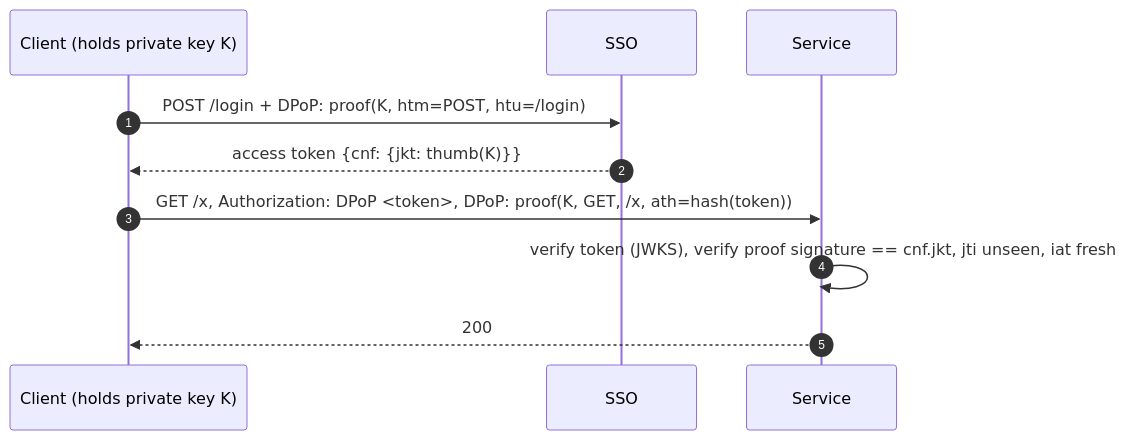
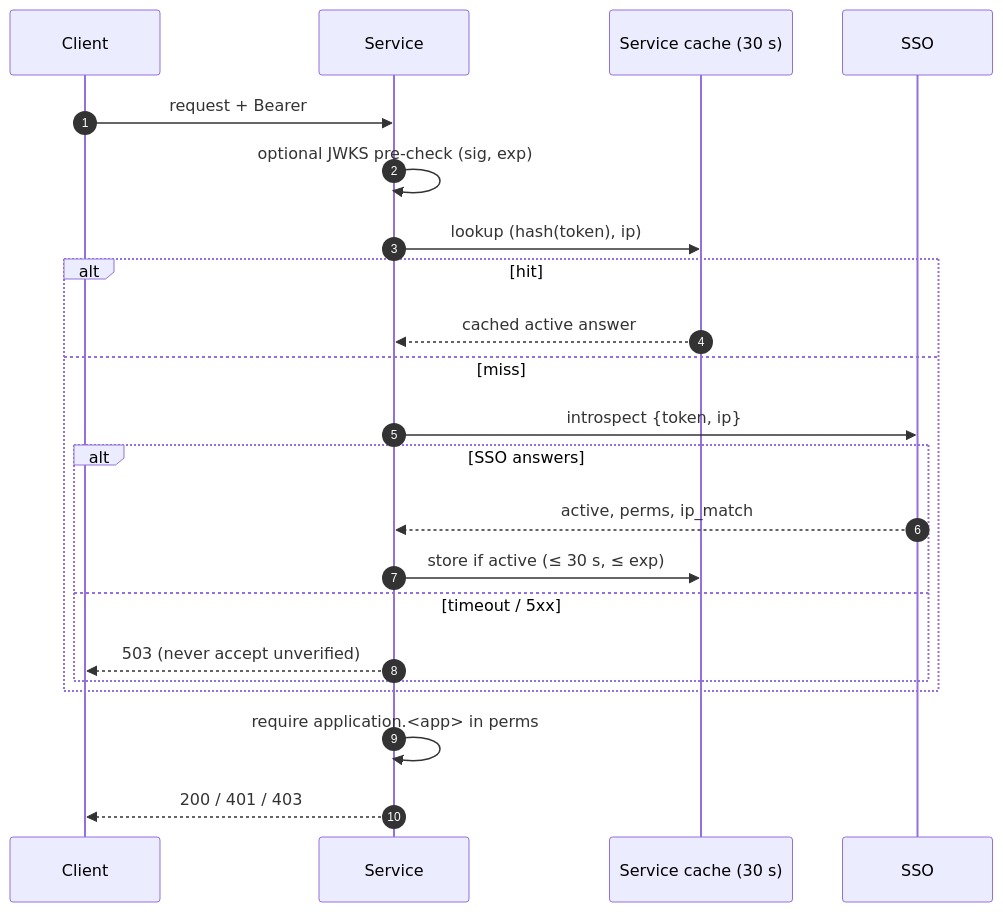
Before and after one commit to Neural-Matrix-LLC/SSO-server: the seventh of 10 diagrams in docs/DESIGN-v1.2-requirements.md, drawn with Mermaid. The commit also changed other lines of this file and 4 other files, not shown here.

````diff
--- a/docs/DESIGN-v1.2-requirements.md
+++ b/docs/DESIGN-v1.2-requirements.md
@@ -251,12 +307,24 @@
 ```mermaid
 sequenceDiagram
   autonumber
-  participant C as Client (holds private key K)
+  participant C as Client
+  participant API as Service
+  participant K as Service cache (30 s)
   participant S as SSO
-  participant API as Service
-  C->>S: POST /login + DPoP: proof(K, htm=POST, htu=/login)
-  S-->>C: access token {cnf: {jkt: thumb(K)}}
-  C->>API: GET /x, Authorization: DPoP <token>, DPoP: proof(K, GET, /x, ath=hash(token))
-  API->>API: verify token (JWKS), verify proof signature == cnf.jkt, jti unseen, iat fresh
-  API-->>C: 200
+  C->>API: request + Bearer
+  API->>API: optional JWKS pre-check (sig, exp)
+  API->>K: lookup (hash(token), ip)
+  alt hit
+    K-->>API: cached active answer
+  else miss
+    API->>S: introspect {token, ip}
+    alt SSO answers
+      S-->>API: active, perms, ip_match
+      API->>K: store if active (≤ 30 s, ≤ exp)
+    else timeout / 5xx
+      API-->>C: 503 (never accept unverified)
+    end
+  end
+  API->>API: require application.<app> in perms
+  API-->>C: 200 / 401 / 403
 ```
````
